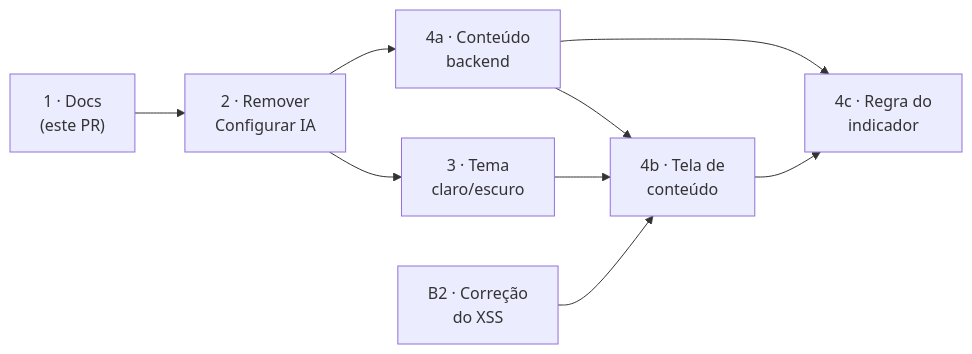
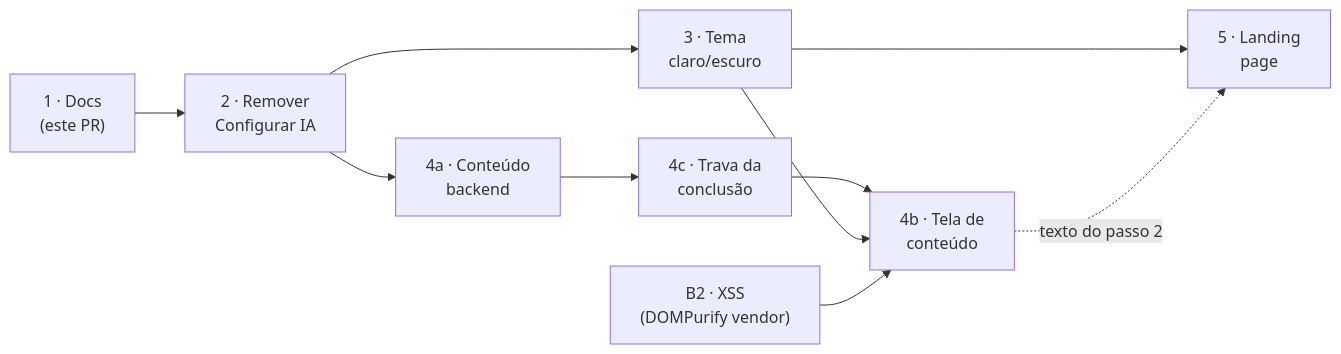
Before and after one commit to Isaaclucaspfr/studyia: the diagram in docs/features/README.md, drawn with Mermaid. The commit also changed other lines of this file and 2 other files, not shown here.

Commit message:
docs: ordem com a landing e índices

````diff
--- a/docs/features/README.md
+++ b/docs/features/README.md
@@ -40,11 +44,12 @@
 ```mermaid
 flowchart LR
     D["1 · Docs<br/>(este PR)"] --> R["2 · Remover<br/>Configurar IA"]
     R --> T["3 · Tema<br/>claro/escuro"]
     R --> A["4a · Conteúdo<br/>backend"]
-    X["B2 · Correção<br/>do XSS"] --> B
-    T --> B["4b · Tela de<br/>conteúdo"]
-    A --> B
-    A --> C["4c · Regra do<br/>indicador"]
-    B --> C
+    A --> C["4c · Trava da<br/>conclusão"]
+    C --> B["4b · Tela de<br/>conteúdo"]
+    T --> B
+    X["B2 · XSS<br/>(DOMPurify vendor)"] --> B
+    T --> L["5 · Landing<br/>page"]
+    B -.->|texto do passo 2| L
 ```
````
